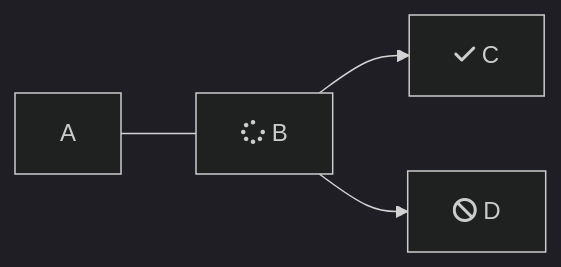
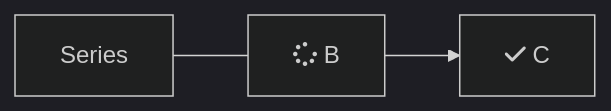
One commit to rokudev/dev-doc changed the diagram in docs/THE ROKU CHANNEL/video-on-demand/delivery/metadata/index.md. Above: the diagram before and after it, drawn with Mermaid (dark theme).

Commit message:
Update doc `metadata`

````diff
--- a/docs/THE ROKU CHANNEL/video-on-demand/delivery/metadata/index.md
+++ b/docs/THE ROKU CHANNEL/video-on-demand/delivery/metadata/index.md
@@ -35,6 +35,5 @@
 ```mermaid
 flowchart LR 
- A --- B[fa:fa-spinner B] 
- B --> C[fa:fa-check C] 
- B --> D[fa:fa-ban D]
+ Series --- Season[fa:fa-spinner B] 
+ Season --> Episode[fa:fa-check C]
 ```
````
